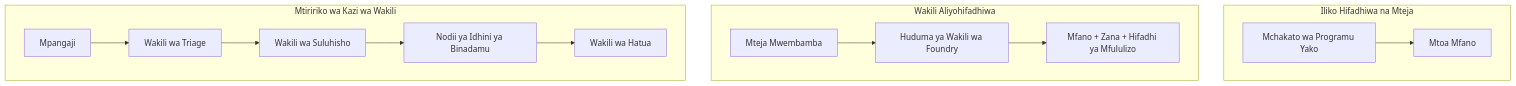
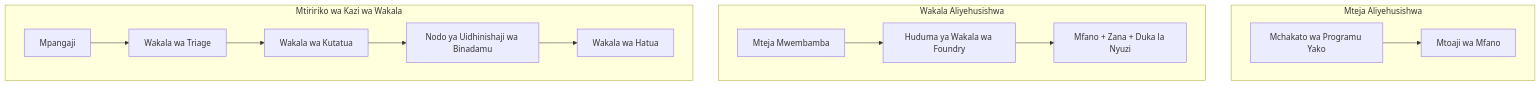
One commit to microsoft/ai-agents-for-beginners changed the first of 4 diagrams in translations/sw/16-deploying-scalable-agents/README.md. Above: the diagram before and after it, drawn with Mermaid. The commit also changed other lines of this file and 47 other files, not shown here.

````diff
--- a/translations/sw/16-deploying-scalable-agents/README.md
+++ b/translations/sw/16-deploying-scalable-agents/README.md
@@ -87,16 +87,16 @@
 ```mermaid
 flowchart TB
-    subgraph P1[Iliko Hifadhiwa na Mteja]
-        A1[Mchakato wa Programu Yako] --> M1[Mtoa Mfano]
+    subgraph P1[Mteja Aliyehusishwa]
+        A1[Mchakato wa Programu Yako] --> M1[Mtoaji wa Mfano]
     end
-    subgraph P2[Wakili Aliyohifadhiwa]
-        A2[Mteja Mwembamba] --> F2[Huduma ya Wakili wa Foundry]
-        F2 --> M2[Mfano + Zana + Hifadhi ya Mfululizo]
+    subgraph P2[Wakala Aliyehusishwa]
+        A2[Mteja Mwembamba] --> F2[Huduma ya Wakala wa Foundry]
+        F2 --> M2[Mfano + Zana + Duka la Nyuzi]
     end
-    subgraph P3[Mtiririko wa Kazi wa Wakili]
-        A3[Mpangaji] --> S1[Wakili wa Triage]
-        S1 --> S2[Wakili wa Suluhisho]
-        S2 --> H[Nodii ya Idhini ya Binadamu]
-        H --> S3[Wakili wa Hatua]
+    subgraph P3[Mtiririko wa Kazi wa Wakala]
+        A3[Mpangaji] --> S1[Wakala wa Triage]
+        S1 --> S2[Wakala wa Kutatua]
+        S2 --> H[Nodo ya Uidhinishaji wa Binadamu]
+        H --> S3[Wakala wa Hatua]
     end
 ```
````
